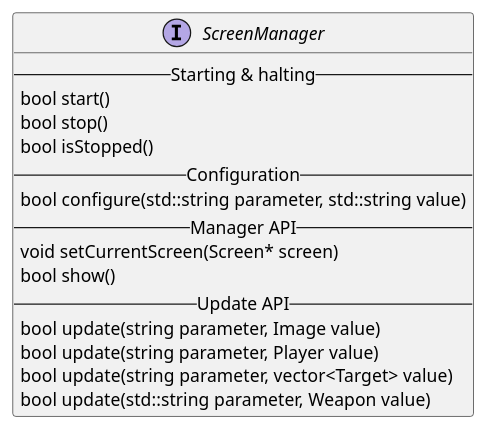
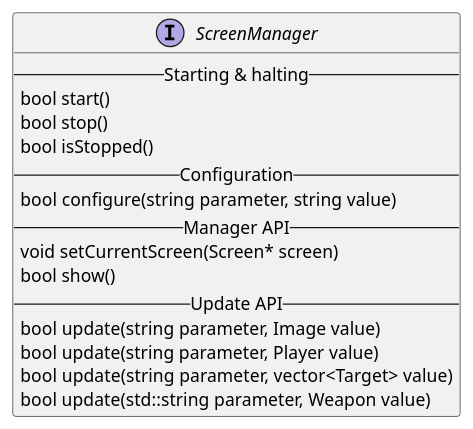
Before and after one commit to asrob-uc3m/robotDevastation-developer-manual: the first of 2 diagrams in en/user-interface-management/screen-manager.md, drawn with PlantUML.

Commit message:
Updates en/user-interface-management/screen-manager.md
Auto commit by GitBook Editor

```diff
--- a/en/user-interface-management/screen-manager.md
+++ b/en/user-interface-management/screen-manager.md
@@ -3,19 +3,19 @@
 {% plantuml %}
 interface ScreenManager {
 -- Starting & halting --
 bool start()
 bool stop()
 bool isStopped()       
 -- Configuration --
-bool configure(std::string parameter, std::string value)
+bool configure(string parameter, string value)
 -- Manager API --
 void setCurrentScreen(Screen* screen)
 bool show()
 -- Update API --
 bool update(string parameter, Image value)
 bool update(string parameter, Player value)
 bool update(string parameter, vector<Target> value)
 bool update(std::string parameter, Weapon value)
 }
 
 {% endplantuml %}
```
